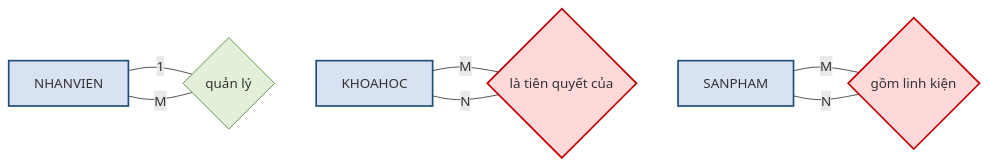
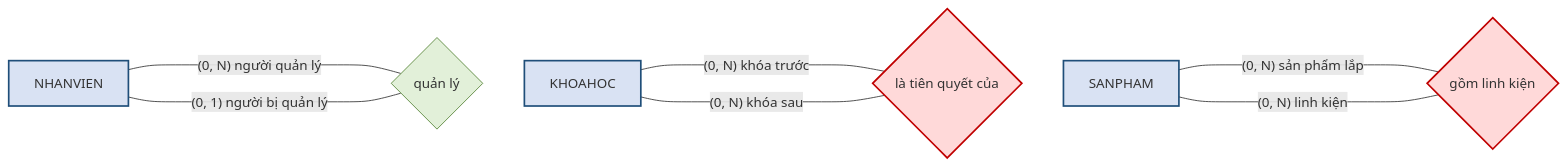
The second of 5 diagrams in docs/chuong-2/2-6-bac-lien-ket-thuc-the-yeu-va-thuc-the-ket-hop.md (CuongNguyenDAU/csdl-dbs201), drawn with Mermaid before and after one commit. The commit also changed other lines of this file and 98 other files, not shown here.

````diff
--- a/docs/chuong-2/2-6-bac-lien-ket-thuc-the-yeu-va-thuc-the-ket-hop.md
+++ b/docs/chuong-2/2-6-bac-lien-ket-thuc-the-yeu-va-thuc-the-ket-hop.md
@@ -23,17 +58,17 @@
 ```mermaid
 flowchart LR
-    NV["NHANVIEN"] ---|"1"| R1{"quản lý"}
-    R1 ---|"M"| NV
-    KH["KHOAHOC"] ---|"M"| R2{"là tiên quyết của"}
-    R2 ---|"N"| KH
-    SP["SANPHAM"] ---|"M"| R3{"gồm linh kiện"}
-    R3 ---|"N"| SP
+    NV["NHANVIEN"] ---|"(0, N) người quản lý"| R1{"quản lý"}
+    R1 -----|"(0, 1) người bị quản lý"| NV
+    KH["KHOAHOC"] ---|"(0, N) khóa trước"| R2{"là tiên quyết của"}
+    R2 -----|"(0, N) khóa sau"| KH
+    SP["SANPHAM"] ---|"(0, N) sản phẩm lắp"| R3{"gồm linh kiện"}
+    R3 -----|"(0, N) linh kiện"| SP
     R1 ~~~ KH
     R2 ~~~ SP
     style NV fill:#D9E2F3,stroke:#1F4E79,stroke-width:2px
     style KH fill:#D9E2F3,stroke:#1F4E79,stroke-width:2px
     style SP fill:#D9E2F3,stroke:#1F4E79,stroke-width:2px
     style R1 fill:#E2F0D9,stroke:#548235
     style R2 fill:#FFD9D9,stroke:#C00000,stroke-width:2px
     style R3 fill:#FFD9D9,stroke:#C00000,stroke-width:2px
 ```
````
